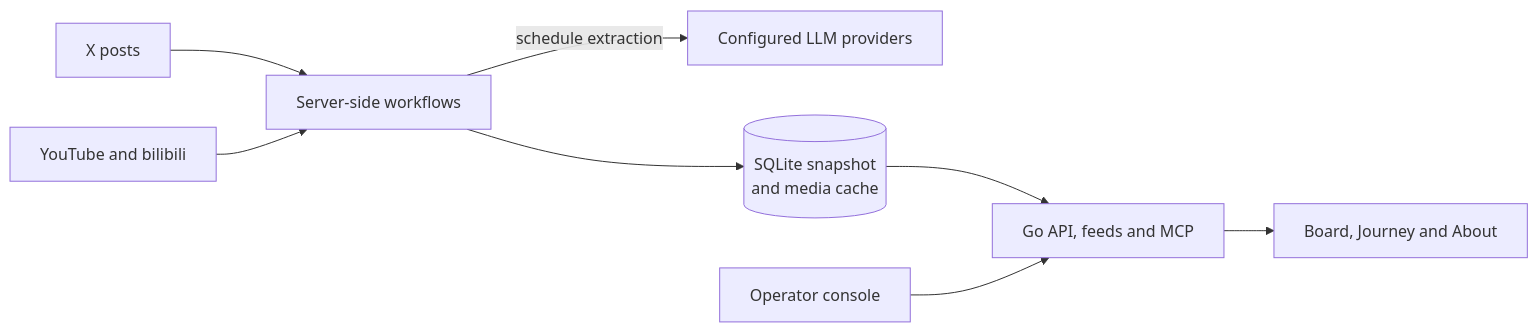
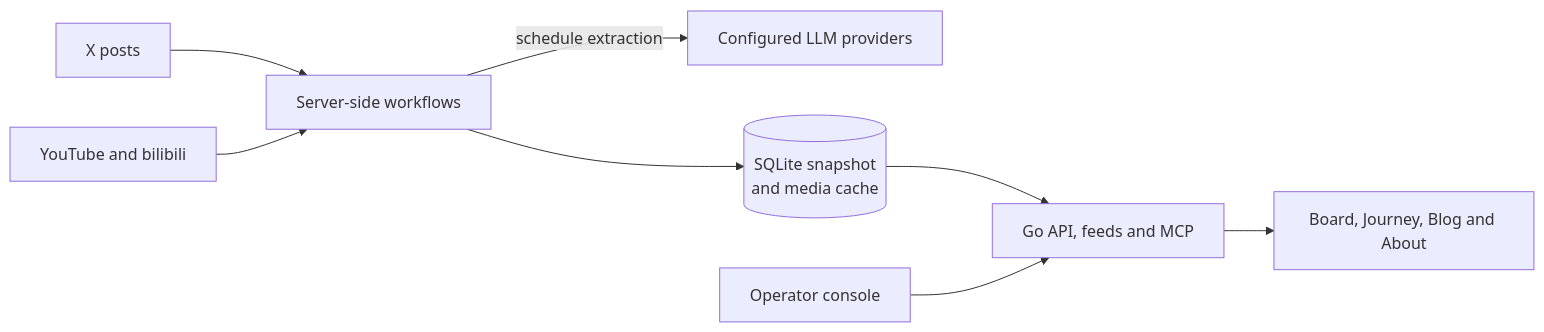
One commit to yexca/kano-navi changed the diagram in docs/how-it-works.md. Above: the diagram before and after it, drawn with Mermaid. The commit also changed other lines of this file and 46 other files, not shown here.

````diff
--- a/docs/how-it-works.md
+++ b/docs/how-it-works.md
@@ -34,10 +34,10 @@
 ```mermaid
 flowchart LR
   X["X posts"] --> W["Server-side workflows"]
   YT["YouTube and bilibili"] --> W
   W -- "schedule extraction" --> LLM["Configured LLM providers"]
   W --> DB[("SQLite snapshot<br/>and media cache")]
   DB --> API["Go API, feeds and MCP"]
-  API --> B["Board, Journey and About"]
+  API --> B["Board, Journey, Blog and About"]
   OP["Operator console"] --> API
 ```
````
